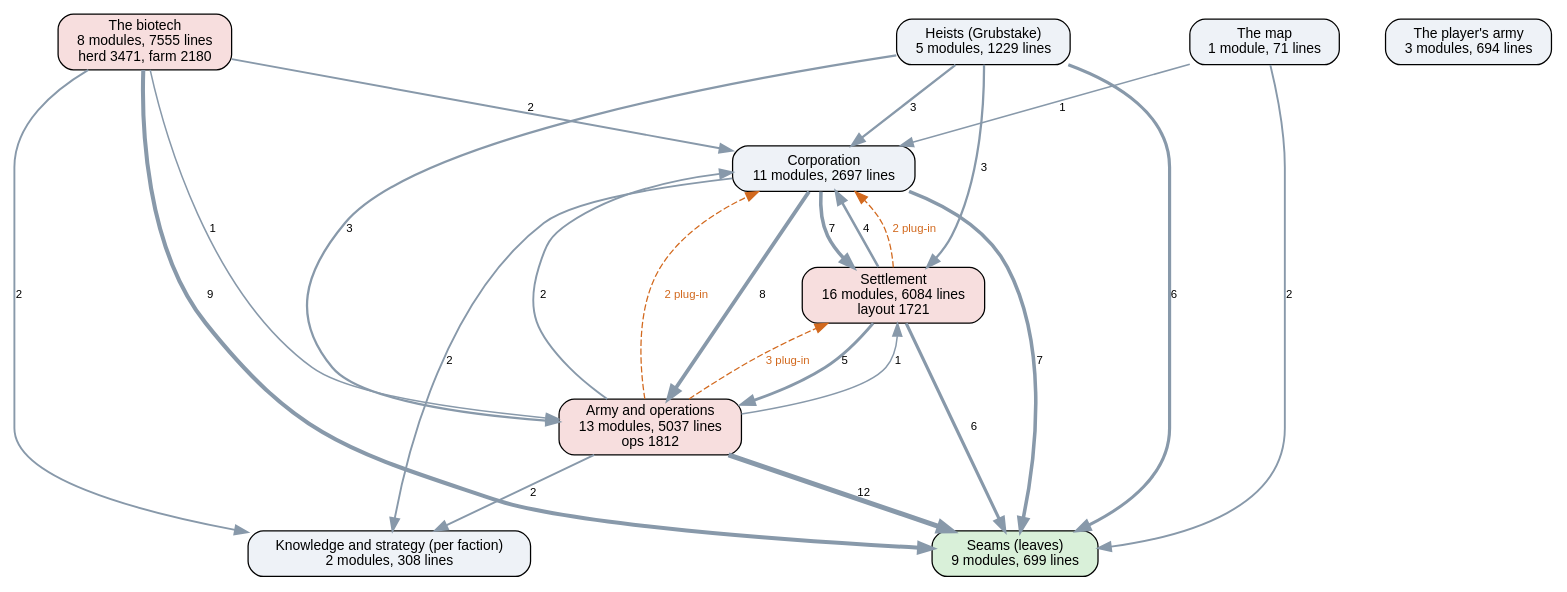
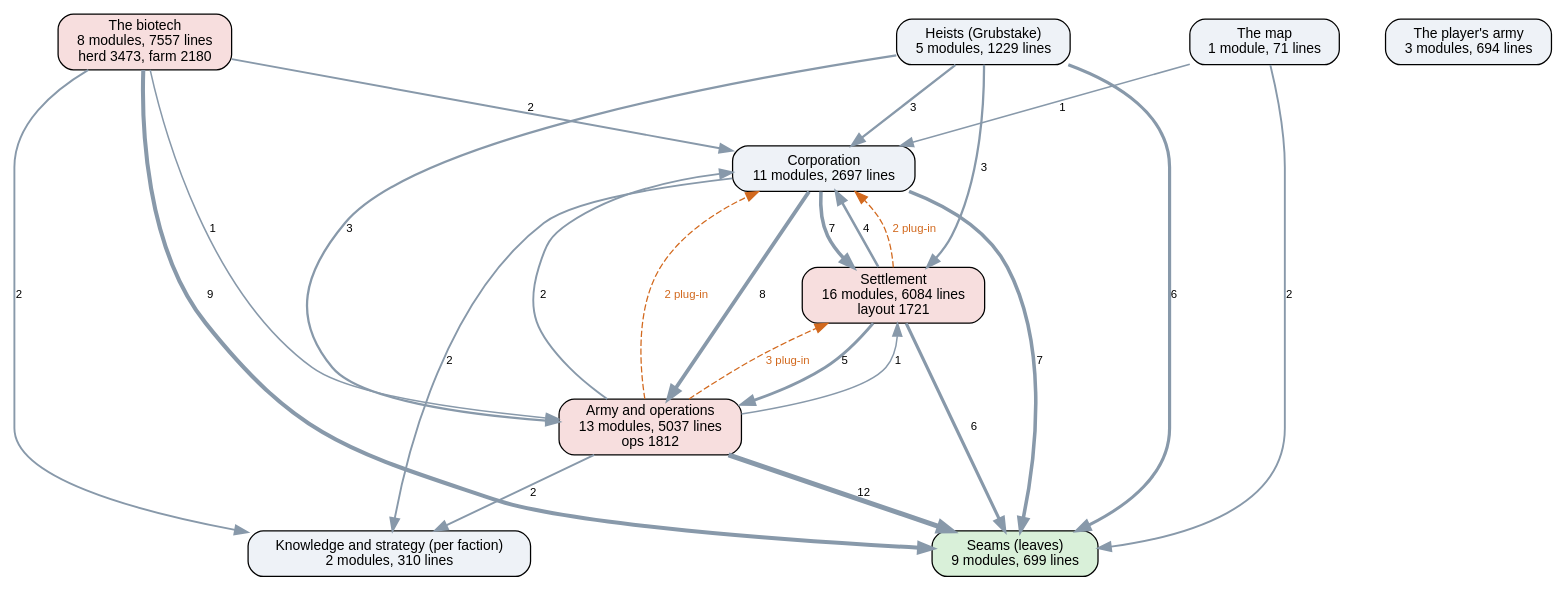
The diagram in docs/ai-layers.dot (kinelhu/landing-party), drawn with Graphviz before and after one commit. The commit also changed 12 other files, not shown here.

```diff
--- a/docs/ai-layers.dot
+++ b/docs/ai-layers.dot
@@ -1,38 +1,38 @@
 digraph layers {
   graph [rankdir=TB, fontname="Helvetica", nodesep=0.5, ranksep=0.7];
   node [shape=box, style="rounded,filled", fontname="Helvetica", fontsize=11, fillcolor="#eef2f7"];
   edge [color="#8899aa", fontname="Helvetica", fontsize=9];
   "Seams (leaves)" [label="Seams (leaves)\n9 modules, 699 lines", fillcolor="#d9f0d9"];
-  "Knowledge and strategy (per faction)" [label="Knowledge and strategy (per faction)\n2 modules, 308 lines", fillcolor="#eef2f7"];
+  "Knowledge and strategy (per faction)" [label="Knowledge and strategy (per faction)\n2 modules, 310 lines", fillcolor="#eef2f7"];
   "Corporation" [label="Corporation\n11 modules, 2697 lines", fillcolor="#eef2f7"];
   "Settlement" [label="Settlement\n16 modules, 6084 lines\nlayout 1721", fillcolor="#f7dede"];
   "Army and operations" [label="Army and operations\n13 modules, 5037 lines\nops 1812", fillcolor="#f7dede"];
   "Heists (Grubstake)" [label="Heists (Grubstake)\n5 modules, 1229 lines", fillcolor="#eef2f7"];
-  "The biotech" [label="The biotech\n8 modules, 7555 lines\nherd 3471, farm 2180", fillcolor="#f7dede"];
+  "The biotech" [label="The biotech\n8 modules, 7557 lines\nherd 3473, farm 2180", fillcolor="#f7dede"];
   "The map" [label="The map\n1 module, 71 lines", fillcolor="#eef2f7"];
   "The player's army" [label="The player's army\n3 modules, 694 lines", fillcolor="#eef2f7"];
   "Army and operations" -> "Corporation" [label="2", penwidth=1.5];
   "Army and operations" -> "Knowledge and strategy (per faction)" [label="2", penwidth=1.5];
   "Army and operations" -> "Seams (leaves)" [label="12", penwidth=4.0];
   "Army and operations" -> "Settlement" [label="1", penwidth=1.2];
   "Corporation" -> "Army and operations" [label="8", penwidth=3.0];
   "Corporation" -> "Knowledge and strategy (per faction)" [label="2", penwidth=1.5];
   "Corporation" -> "Seams (leaves)" [label="7", penwidth=2.8];
   "Corporation" -> "Settlement" [label="7", penwidth=2.8];
   "Heists (Grubstake)" -> "Army and operations" [label="3", penwidth=1.8];
   "Heists (Grubstake)" -> "Corporation" [label="3", penwidth=1.8];
   "Heists (Grubstake)" -> "Seams (leaves)" [label="6", penwidth=2.5];
   "Heists (Grubstake)" -> "Settlement" [label="3", penwidth=1.8];
   "Settlement" -> "Army and operations" [label="5", penwidth=2.2];
   "Settlement" -> "Corporation" [label="4", penwidth=2.0];
   "Settlement" -> "Seams (leaves)" [label="6", penwidth=2.5];
   "The biotech" -> "Army and operations" [label="1", penwidth=1.2];
   "The biotech" -> "Corporation" [label="2", penwidth=1.5];
   "The biotech" -> "Knowledge and strategy (per faction)" [label="2", penwidth=1.5];
   "The biotech" -> "Seams (leaves)" [label="9", penwidth=3.2];
   "The map" -> "Corporation" [label="1", penwidth=1.2];
   "The map" -> "Seams (leaves)" [label="2", penwidth=1.5];
   "Army and operations" -> "Corporation" [style=dashed, color="#d2691e", fontcolor="#d2691e", label="2 plug-in"];
   "Army and operations" -> "Settlement" [style=dashed, color="#d2691e", fontcolor="#d2691e", label="3 plug-in"];
   "Settlement" -> "Corporation" [style=dashed, color="#d2691e", fontcolor="#d2691e", label="2 plug-in"];
 }
```
